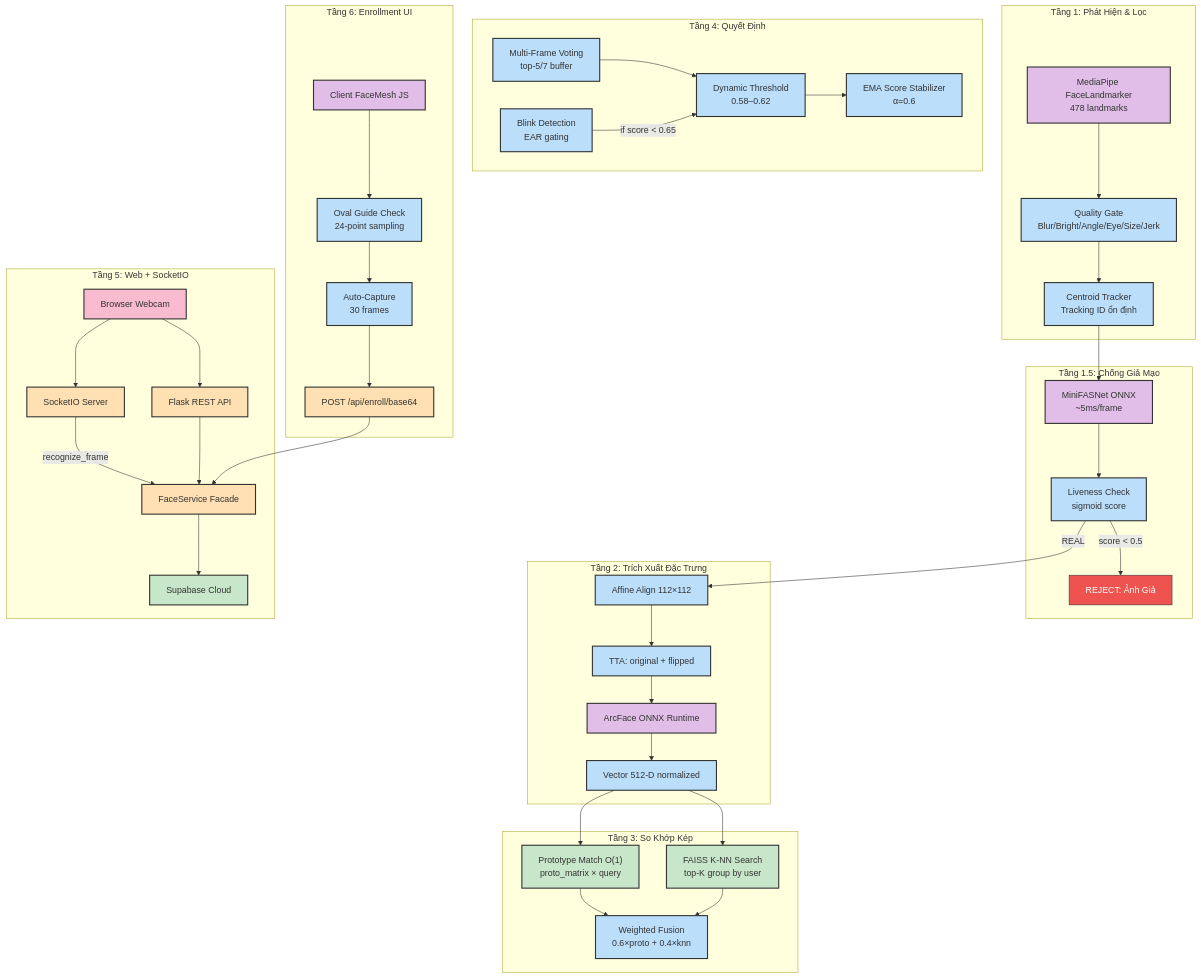
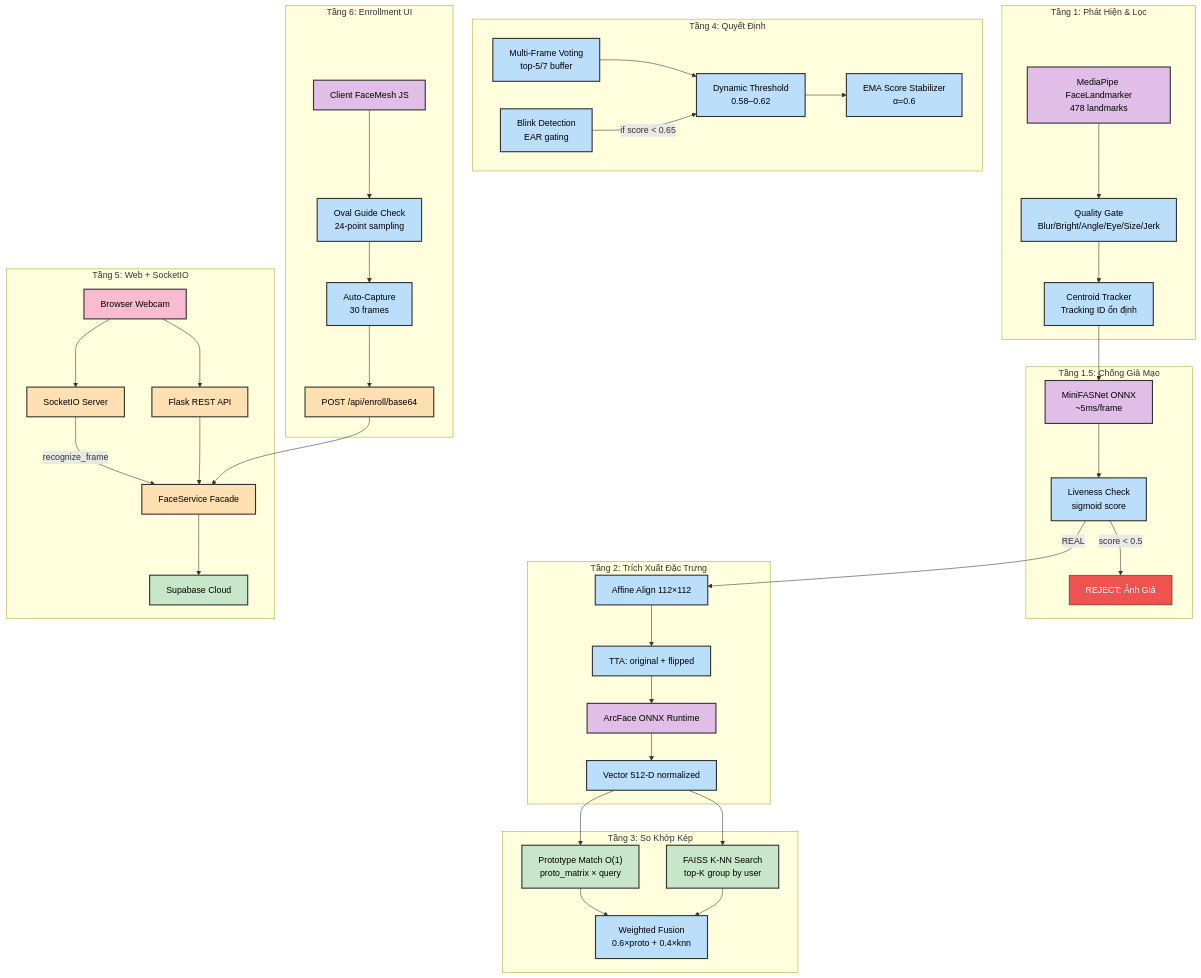
One commit to buitanphat247/IOT_Authorization_Human_FaceID changed the second of 6 diagrams in README.md. Above: the diagram before and after it, drawn with Mermaid.

Commit message:
docs: Cập nhật CSS Github Mermaid

````diff
--- a/README.md
+++ b/README.md
@@ -66,77 +66,77 @@
 ```mermaid
 graph TD
-    classDef ai fill:#e1bee7,stroke:#333,stroke-width:2px
-    classDef process fill:#bbdefb,stroke:#333,stroke-width:2px
-    classDef db fill:#c8e6c9,stroke:#333,stroke-width:2px
-    classDef web fill:#ffe0b2,stroke:#333,stroke-width:2px
-    classDef hw fill:#f8bbd0,stroke:#333,stroke-width:2px
+    classDef ai fill:#e1bee7,stroke:#333,stroke-width:2px,color:#000
+    classDef process fill:#bbdefb,stroke:#333,stroke-width:2px,color:#000
+    classDef db fill:#c8e6c9,stroke:#333,stroke-width:2px,color:#000
+    classDef web fill:#ffe0b2,stroke:#333,stroke-width:2px,color:#000
+    classDef hw fill:#f8bbd0,stroke:#333,stroke-width:2px,color:#000
     classDef reject fill:#ef5350,stroke:#333,color:#fff
 
     subgraph LAYER1 ["Tầng 1: Phát Hiện & Lọc"]
         Det["MediaPipe FaceLandmarker<br/>478 landmarks"]:::ai
         QG["Quality Gate<br/>Blur/Bright/Angle/Eye/Size/Jerk"]:::process
         Track["Centroid Tracker<br/>Tracking ID ổn định"]:::process
         Det --> QG --> Track
     end
 
     subgraph LAYER15 ["Tầng 1.5: Chống Giả Mạo"]
         AS["MiniFASNet ONNX<br/>~5ms/frame"]:::ai
         ASCheck["Liveness Check<br/>sigmoid score"]:::process
         Reject["REJECT: Ảnh Giả"]:::reject
         AS --> ASCheck
         ASCheck -->|"score < 0.5"| Reject
     end
 
     subgraph LAYER2 ["Tầng 2: Trích Xuất Đặc Trưng"]
         Align["Affine Align 112×112"]:::process
         TTA["TTA: original + flipped"]:::process
         ONNX["ArcFace ONNX Runtime"]:::ai
         Emb["Vector 512-D normalized"]:::process
         Align --> TTA --> ONNX --> Emb
     end
 
     subgraph LAYER3 ["Tầng 3: So Khớp Kép"]
         Proto["Prototype Match O(1)<br/>proto_matrix × query"]:::db
         FAISS["FAISS K-NN Search<br/>top-K group by user"]:::db
         Fuse["Weighted Fusion<br/>0.6×proto + 0.4×knn"]:::process
         Proto --> Fuse
         FAISS --> Fuse
     end
 
     subgraph LAYER4 ["Tầng 4: Quyết Định"]
         Vote["Multi-Frame Voting<br/>top-5/7 buffer"]:::process
         EMA["EMA Score Stabilizer<br/>α=0.6"]:::process
         Blink["Blink Detection<br/>EAR gating"]:::process
         Thresh["Dynamic Threshold<br/>0.58–0.62"]:::process
         Vote --> Thresh
         Blink -->|"if score < 0.65"| Thresh
         Thresh --> EMA
     end
 
     subgraph LAYER5 ["Tầng 5: Web + SocketIO"]
         Browser["Browser Webcam"]:::hw
         SIO["SocketIO Server"]:::web
         Flask["Flask REST API"]:::web
         Svc["FaceService Facade"]:::web
         SupaDB["Supabase Cloud"]:::db
         Browser --> SIO
         Browser --> Flask
         SIO -->|"recognize_frame"| Svc
         Flask --> Svc
         Svc --> SupaDB
     end
 
     subgraph LAYER6 ["Tầng 6: Enrollment UI"]
         ClientMesh["Client FaceMesh JS"]:::ai
         Oval["Oval Guide Check<br/>24-point sampling"]:::process
         AutoCap["Auto-Capture<br/>30 frames"]:::process
         EnrollAPI["POST /api/enroll/base64"]:::web
         ClientMesh --> Oval --> AutoCap --> EnrollAPI
     end
 
     Track --> AS
     ASCheck -->|"REAL"| Align
     Emb --> Proto
     Emb --> FAISS
     EnrollAPI --> Svc
 ```
````
